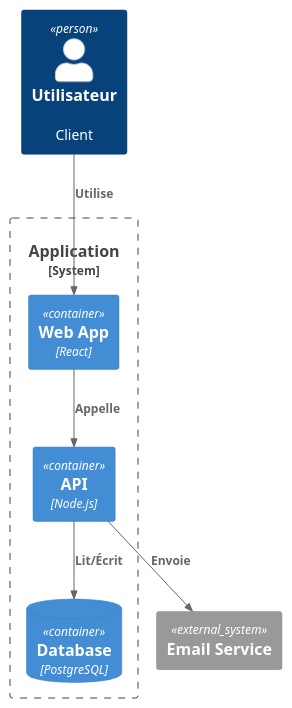
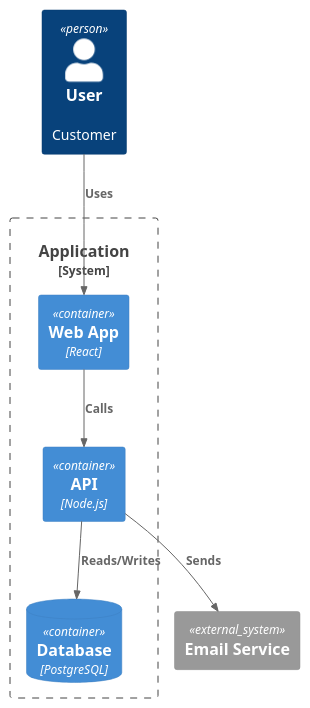
The eighth of 17 diagrams in .claude/skills/diagram-generator/SKILL.md (julien-riel/research-and-presentation-team), drawn with PlantUML before and after one commit. The commit also changed other lines of this file and 17 other files, not shown here.

````diff
--- a/.claude/skills/diagram-generator/SKILL.md
+++ b/.claude/skills/diagram-generator/SKILL.md
@@ -339,18 +339,18 @@
 ```plantuml
 @startuml
 !include https://raw.githubusercontent.com/plantuml-stdlib/C4-PlantUML/master/C4_Container.puml
 
-Person(user, "Utilisateur", "Client")
+Person(user, "User", "Customer")
 System_Boundary(app, "Application") {
     Container(web, "Web App", "React")
     Container(api, "API", "Node.js")
     ContainerDb(db, "Database", "PostgreSQL")
 }
 System_Ext(email, "Email Service")
 
-Rel(user, web, "Utilise")
-Rel(web, api, "Appelle")
-Rel(api, db, "Lit/Écrit")
-Rel(api, email, "Envoie")
+Rel(user, web, "Uses")
+Rel(web, api, "Calls")
+Rel(api, db, "Reads/Writes")
+Rel(api, email, "Sends")
 @enduml
 ```
````
